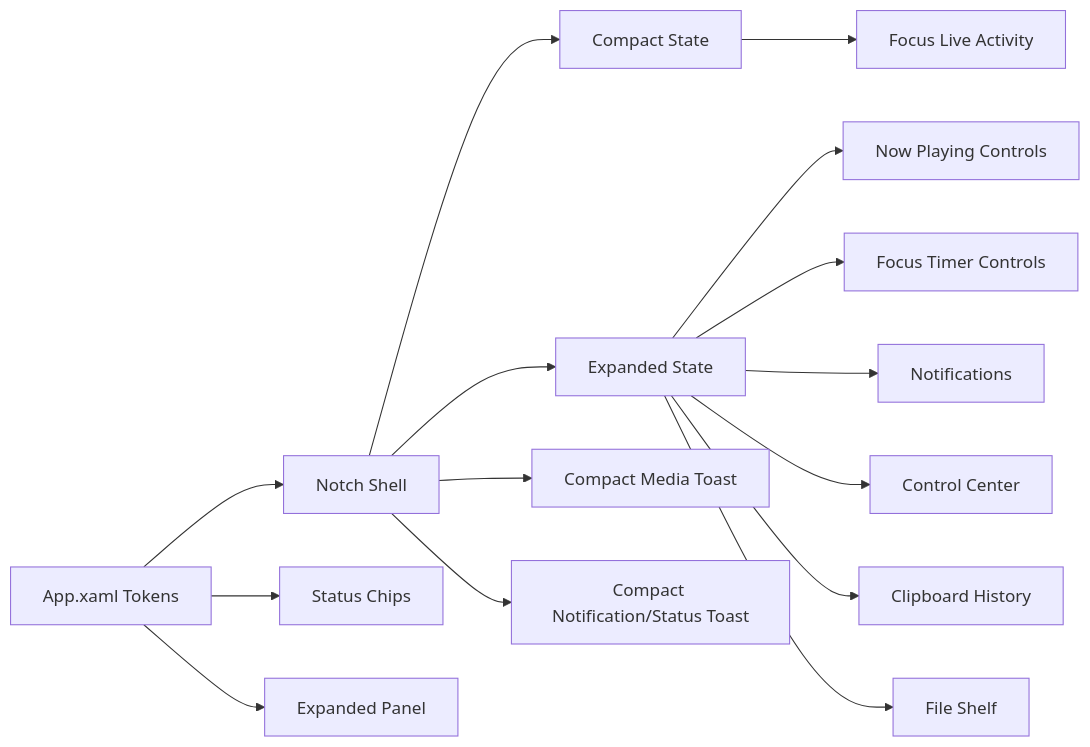
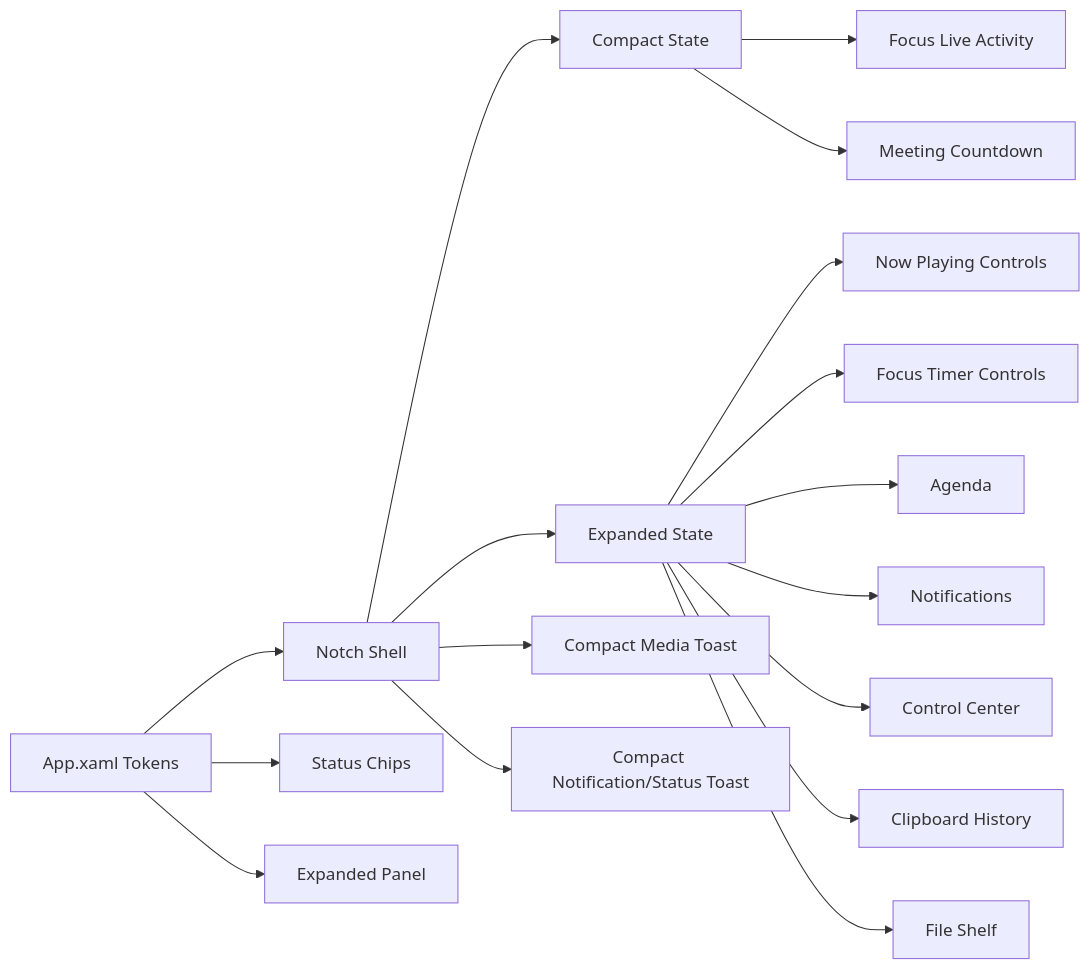
The second of 2 diagrams in docs/architecture.md (yappologistic/winotch), drawn with Mermaid before and after one commit. The commit also changed other lines of this file and 22 other files, not shown here.

Commit message:
Add ICS meeting countdown

````diff
--- a/docs/architecture.md
+++ b/docs/architecture.md
@@ -39,17 +41,19 @@
 ```mermaid
 flowchart LR
     Tokens["App.xaml Tokens"] --> Shell["Notch Shell"]
     Tokens --> Chips["Status Chips"]
     Tokens --> Panel["Expanded Panel"]
     Shell --> Compact["Compact State"]
     Shell --> Expanded["Expanded State"]
     Expanded --> Media["Now Playing Controls"]
     Expanded --> FocusPanel["Focus Timer Controls"]
+    Expanded --> Agenda["Agenda"]
     Compact --> FocusLive["Focus Live Activity"]
+    Compact --> CalendarLive["Meeting Countdown"]
     Shell --> MediaToast["Compact Media Toast"]
     Shell --> NotificationToast["Compact Notification/Status Toast"]
     Expanded --> Notifications["Notifications"]
     Expanded --> Controls["Control Center"]
     Expanded --> Clipboard["Clipboard History"]
     Expanded --> Shelf["File Shelf"]
 ```
````
